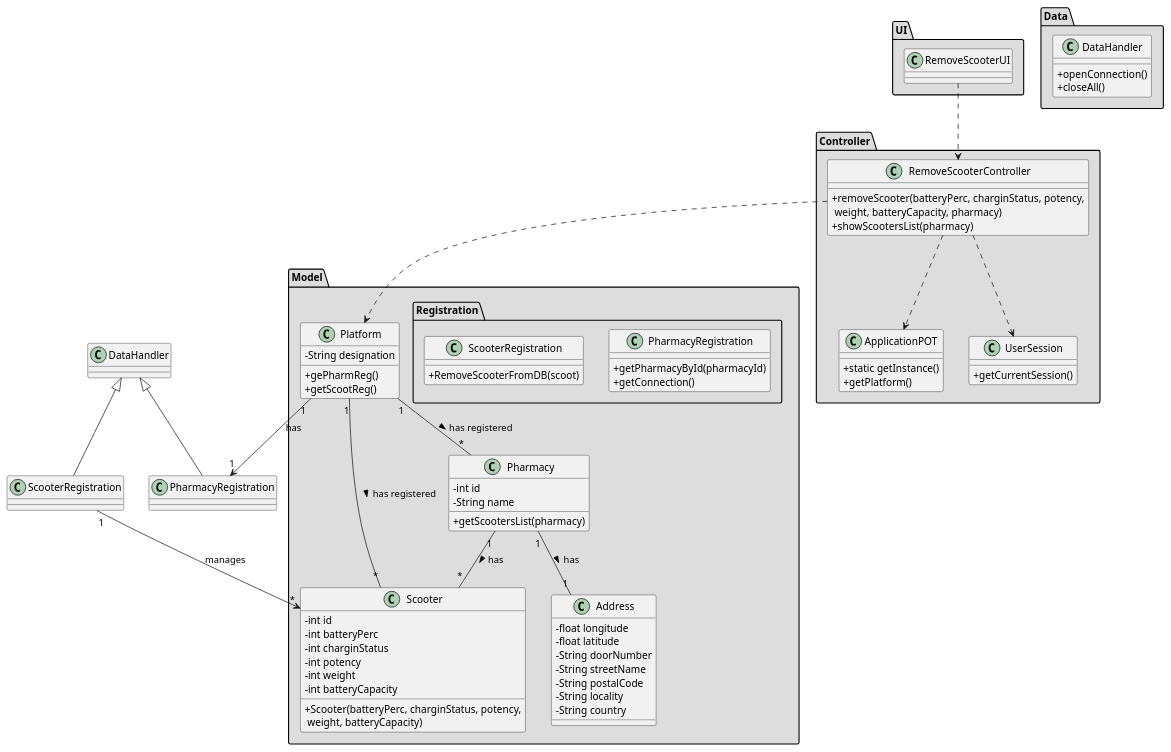
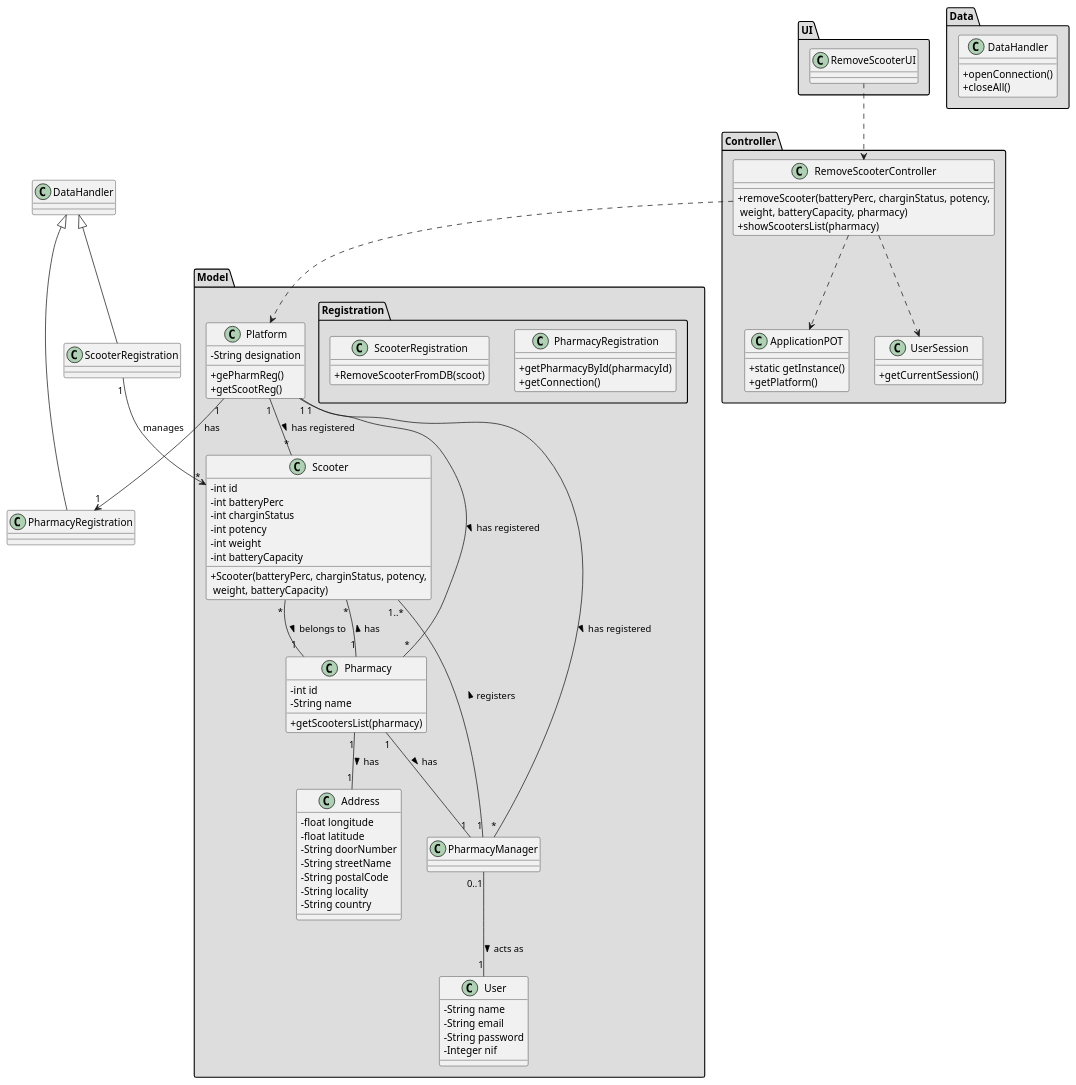
Before and after one commit to tiagoavcosta25/LAPR3: the diagram in docs/Iteration 1/Scooter Management/US22_RemoveScooter/US22_CD.puml, drawn with PlantUML. The commit also changed 7 other files, not shown here.

```diff
--- a/docs/Iteration 1/Scooter Management/US22_RemoveScooter/US22_CD.puml
+++ b/docs/Iteration 1/Scooter Management/US22_RemoveScooter/US22_CD.puml
@@ -1,101 +1,116 @@
 @startuml
 skinparam classAttributeIconSize 0
 
 package "UI" #DDDDDD {
 class RemoveScooterUI{
 
 }
 }
 
 
 package "Controller" #DDDDDD {
 class RemoveScooterController{
 +removeScooter(batteryPerc, charginStatus, potency,\n weight, batteryCapacity, pharmacy)
 +showScootersList(pharmacy)
 }
 
 class ApplicationPOT
 {
   +static getInstance()
   +getPlatform()
 }
 
 class UserSession
 {
   +getCurrentSession()
 }
 }
 
 
 package "Model" #DDDDDD {
 class Platform {
   -String designation
   +gePharmReg()
   +getScootReg()
 }
 package "Registration" #DDDDDD {
  class PharmacyRegistration{
      +getPharmacyById(pharmacyId)
      +getConnection()
  }
 
  class ScooterRegistration{
       +RemoveScooterFromDB(scoot)
   }
  }
 }
 
 package "Model" #DDDDDD {
 class Scooter{
   -int id
   -int batteryPerc
   -int charginStatus
   -int potency
   -int weight
   -int batteryCapacity
   +Scooter(batteryPerc, charginStatus, potency,\n weight, batteryCapacity)
 }
 
 class Address{
   -float longitude
   -float latitude
   -String doorNumber
   -String streetName
   -String postalCode
   -String locality
   -String country
 }
 
 class Pharmacy {
   -int id
   -String name
   +getScootersList(pharmacy)
 }
 
+class User{
+-   String name
+-   String email
+-   String password
+-   Integer nif
+}
+
+class PharmacyManager {
+}
+
 }
 
 
 package "Data" #DDDDDD {
 class DataHandler{
     +openConnection()
     +closeAll()
 }
 }
 
 class PharmacyRegistration extends DataHandler
 class ScooterRegistration extends DataHandler
 
 RemoveScooterUI ..> RemoveScooterController
 RemoveScooterController ..> Platform
 RemoveScooterController ..> ApplicationPOT
 RemoveScooterController ..> UserSession
 Platform "1" --> "1" PharmacyRegistration : has
 ScooterRegistration "1" --> "*" Scooter : manages
 
 Platform "1" -- "*" Pharmacy : has registered >
 Platform "1" -- "*" Scooter : has registered >
+Platform "1" -- "*" PharmacyManager : has registered >
 
 Pharmacy "1" -- "*" Scooter : has >
 Pharmacy "1" -- "1" Address : has >
+PharmacyManager "0..1" -- "1" User: acts as >
+PharmacyManager "1" -- "1..*" Scooter : registers >
+Pharmacy "1" -- "1" PharmacyManager : has >
+Scooter "*" -- "1" Pharmacy : belongs to >
 
 @enduml
```
